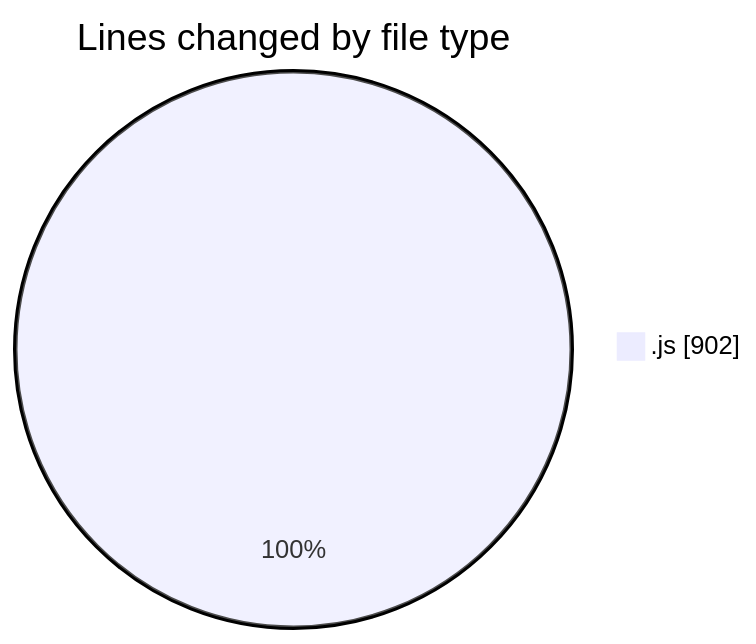
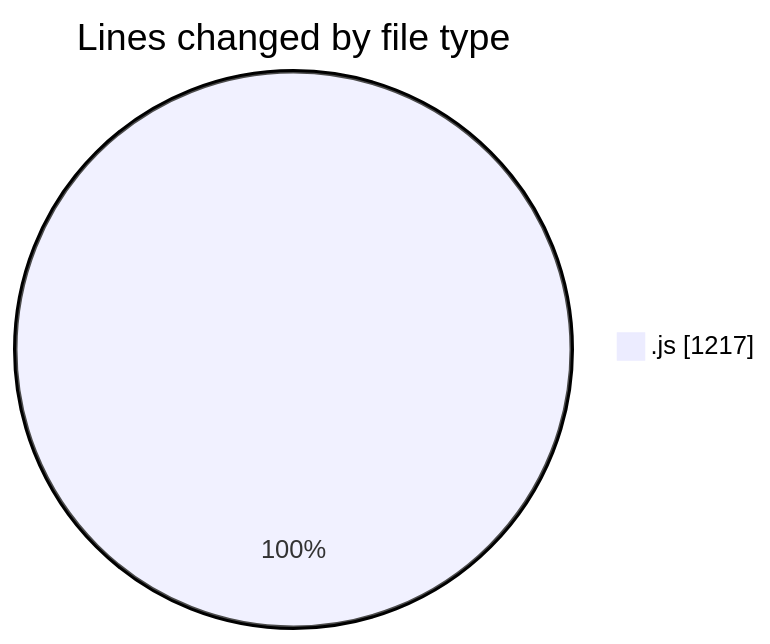
One commit to nxtqubesakshisongat/code-tracking changed the first of 2 diagrams in 2025-09-02/nxtqube_webapp/README.md. Above: the diagram before and after it, drawn with Mermaid. The commit also changed other lines of this file and 1 other file, not shown here.

````diff
--- a/2025-09-02/nxtqube_webapp/README.md
+++ b/2025-09-02/nxtqube_webapp/README.md
@@ -20,5 +20,5 @@
 ```mermaid
 pie showData
 title Lines changed by file type
-".js" : 902
+".js" : 1217
 ```
````
